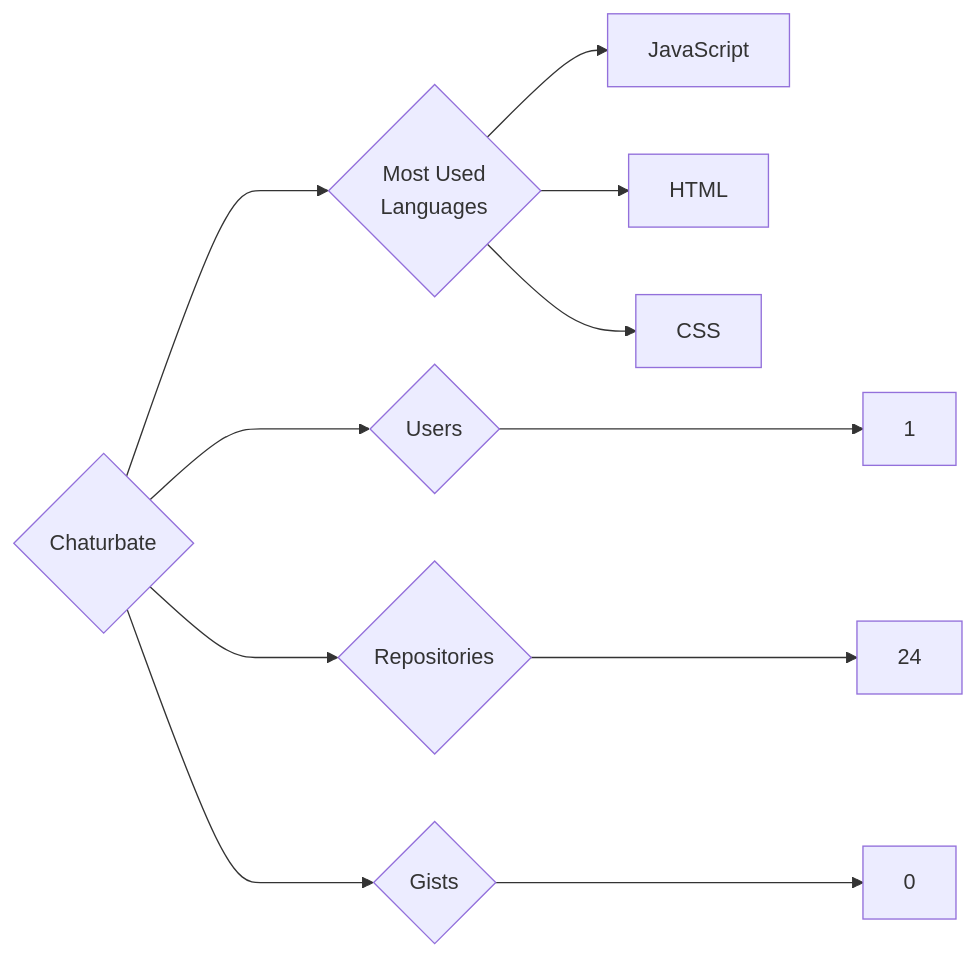
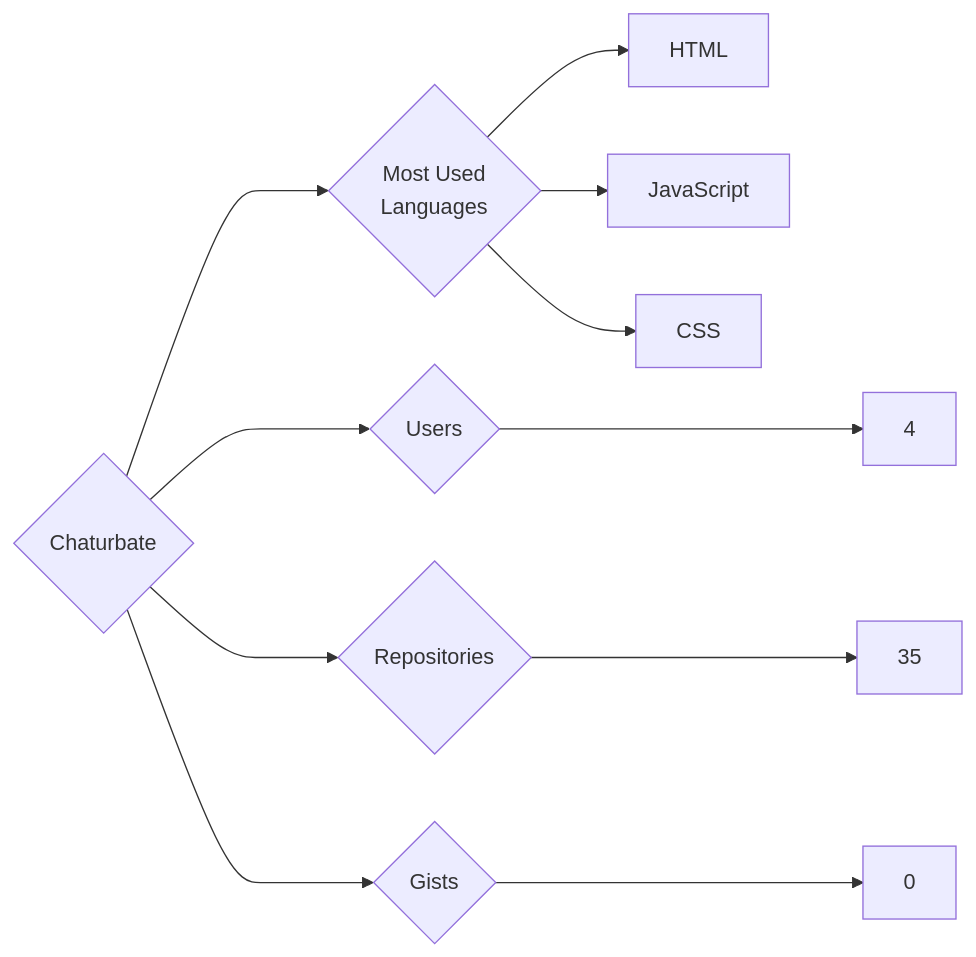
The diagram in targets/Chaturbate/README.md (trickest/insiders), drawn with Mermaid before and after one commit. The commit also changed 965 other files, not shown here.

````diff
--- a/targets/Chaturbate/README.md
+++ b/targets/Chaturbate/README.md
@@ -3,11 +3,11 @@
 ```mermaid
 graph LR
 COMPANY_NAME{Chaturbate}
-COMPANY_NAME ---> U{Users} ---> UN[1]
-COMPANY_NAME ---> R{Repositories} ---> RN[24]
+COMPANY_NAME ---> U{Users} ---> UN[4]
+COMPANY_NAME ---> R{Repositories} ---> RN[35]
 COMPANY_NAME ---> G{Gists} ---> GN[0]
 COMPANY_NAME ---> ML{Most Used<br>Languages}
+ML --> HTML[HTML]
 ML --> JavaScript[JavaScript]
-ML --> HTML[HTML]
 ML --> CSS[CSS]
 ```
````
